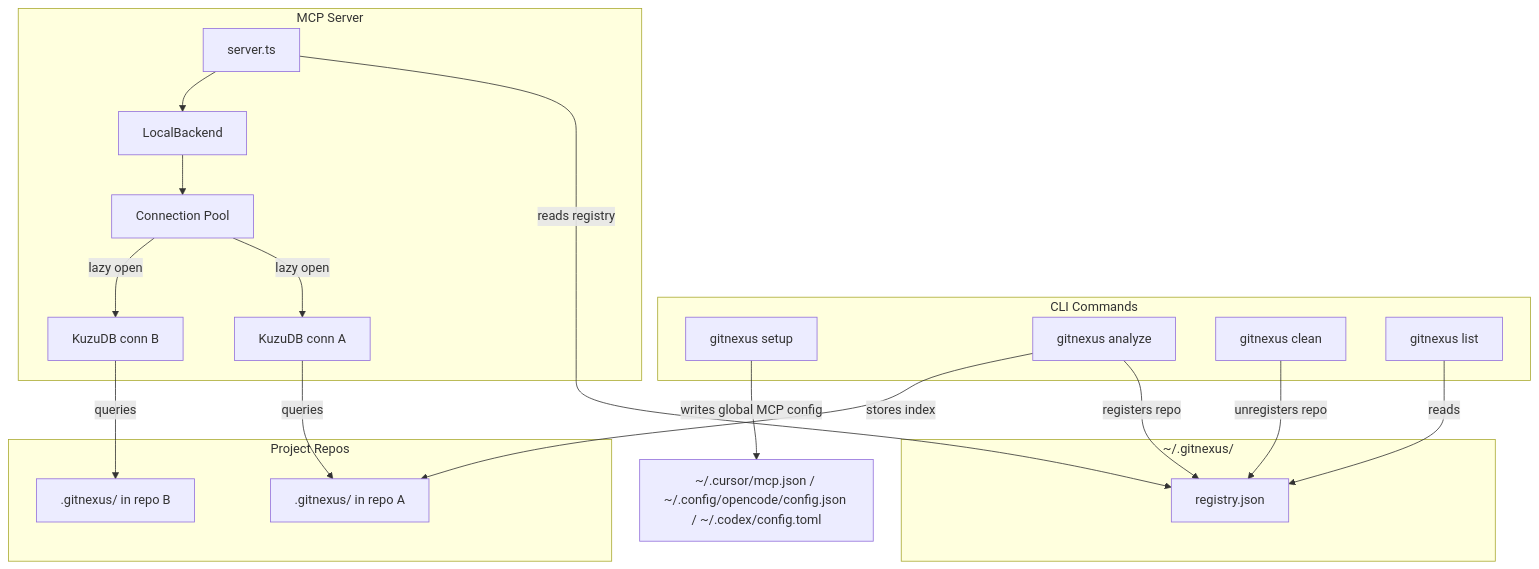
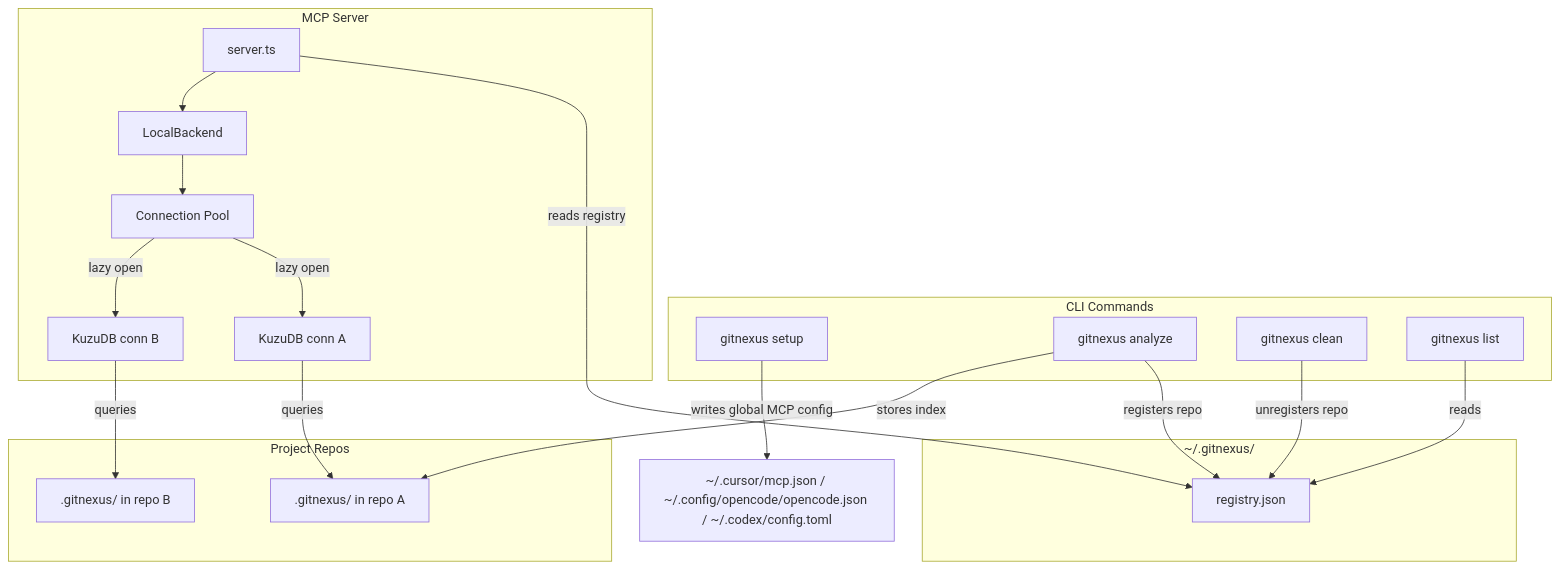
One commit to Ramtinhoss/GitNexus changed the first of 2 diagrams in README.md. Above: the diagram before and after it, drawn with Mermaid. The commit also changed other lines of this file and 5 other files, not shown here.

Commit message:
Add agent-specific setup flow and universal install guide

````diff
--- a/README.md
+++ b/README.md
@@ -214,39 +222,39 @@
 ```mermaid
 flowchart TD
     subgraph CLI [CLI Commands]
         Setup["gitnexus setup"]
         Analyze["gitnexus analyze"]
         Clean["gitnexus clean"]
         List["gitnexus list"]
     end
 
     subgraph Registry ["~/.gitnexus/"]
         RegFile["registry.json"]
     end
 
     subgraph Repos [Project Repos]
         RepoA[".gitnexus/ in repo A"]
         RepoB[".gitnexus/ in repo B"]
     end
 
     subgraph MCP [MCP Server]
         Server["server.ts"]
         Backend["LocalBackend"]
         Pool["Connection Pool"]
         ConnA["KuzuDB conn A"]
         ConnB["KuzuDB conn B"]
     end
 
-    Setup -->|"writes global MCP config"| EditorConfig["~/.cursor/mcp.json / ~/.config/opencode/config.json / ~/.codex/config.toml"]
+    Setup -->|"writes global MCP config"| EditorConfig["~/.cursor/mcp.json / ~/.config/opencode/opencode.json / ~/.codex/config.toml"]
     Analyze -->|"registers repo"| RegFile
     Analyze -->|"stores index"| RepoA
     Clean -->|"unregisters repo"| RegFile
     List -->|"reads"| RegFile
     Server -->|"reads registry"| RegFile
     Server --> Backend
     Backend --> Pool
     Pool -->|"lazy open"| ConnA
     Pool -->|"lazy open"| ConnB
     ConnA -->|"queries"| RepoA
     ConnB -->|"queries"| RepoB
 ```
````
